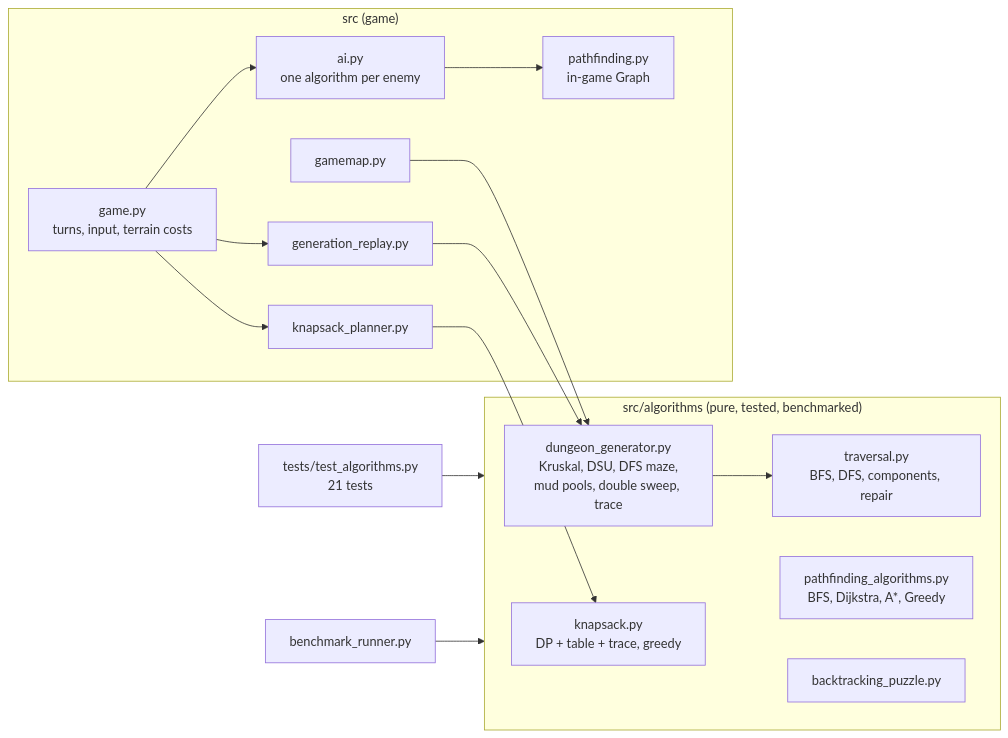
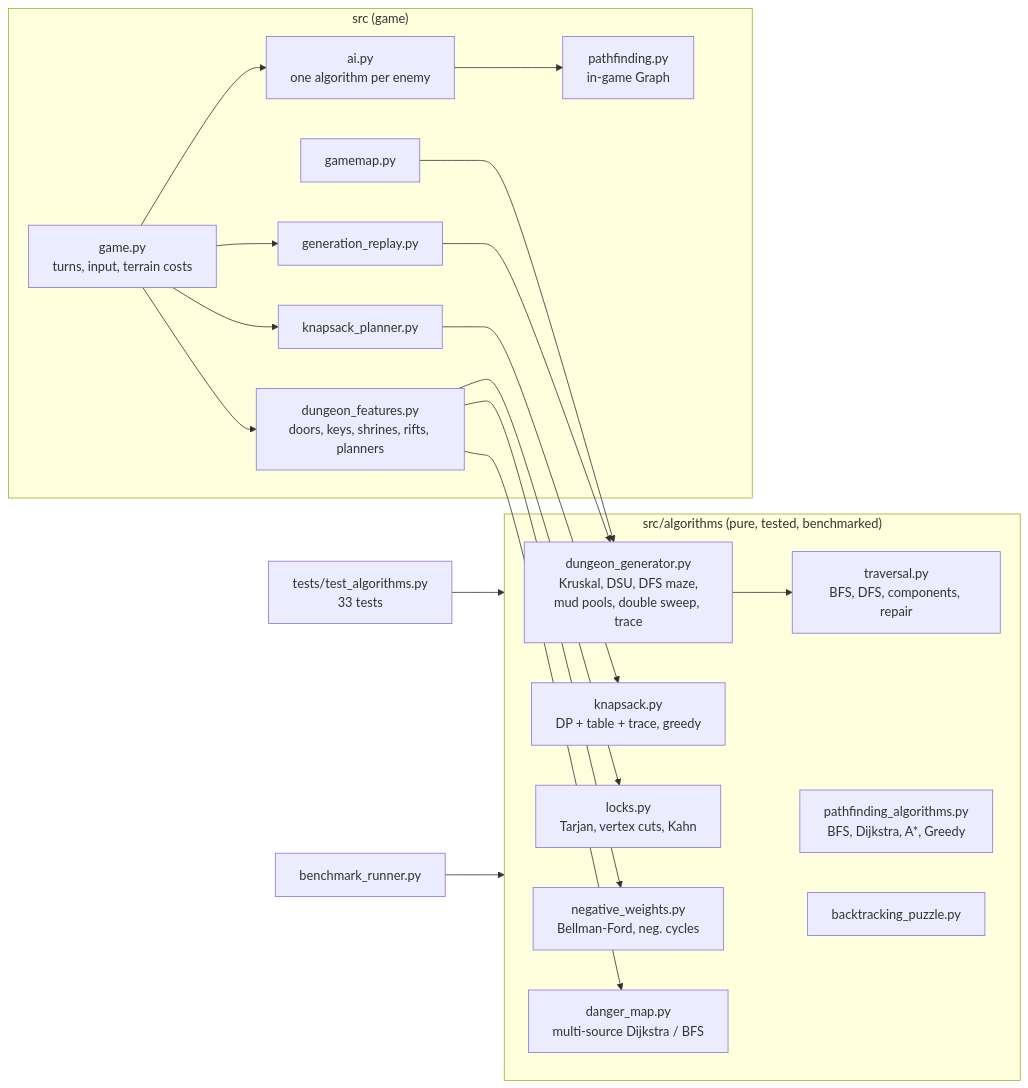
One commit to Rachit-Ingole/DAA-CP changed the diagram in presentation/01-overview.md. Above: the diagram before and after it, drawn with Mermaid. The commit also changed other lines of this file and 32 other files, not shown here.

````diff
--- a/presentation/01-overview.md
+++ b/presentation/01-overview.md
@@ -34,22 +43,29 @@
 ```mermaid
 flowchart LR
     subgraph Algorithms["src/algorithms (pure, tested, benchmarked)"]
         GEN[dungeon_generator.py<br/>Kruskal, DSU, DFS maze,<br/>mud pools, double sweep, trace]
         TRV[traversal.py<br/>BFS, DFS, components, repair]
         PF[pathfinding_algorithms.py<br/>BFS, Dijkstra, A*, Greedy]
         KS[knapsack.py<br/>DP + table + trace, greedy]
         BT[backtracking_puzzle.py]
+        LK[locks.py<br/>Tarjan, vertex cuts, Kahn]
+        NW[negative_weights.py<br/>Bellman-Ford, neg. cycles]
+        DM[danger_map.py<br/>multi-source Dijkstra / BFS]
     end
     subgraph Game["src (game)"]
         MAP[gamemap.py] --> GEN
         GEN --> TRV
         AI[ai.py<br/>one algorithm per enemy] --> G[pathfinding.py<br/>in-game Graph]
         PLAN[knapsack_planner.py] --> KS
         REPLAY[generation_replay.py] --> GEN
         LOOP[game.py<br/>turns, input, terrain costs] --> AI
         LOOP --> PLAN
         LOOP --> REPLAY
+        FEAT[dungeon_features.py<br/>doors, keys, shrines, rifts, planners] --> LK
+        FEAT --> NW
+        FEAT --> DM
+        LOOP --> FEAT
     end
-    TESTS[tests/test_algorithms.py<br/>21 tests] --> Algorithms
+    TESTS[tests/test_algorithms.py<br/>33 tests] --> Algorithms
     BENCH[benchmark_runner.py] --> Algorithms
 ```
````
